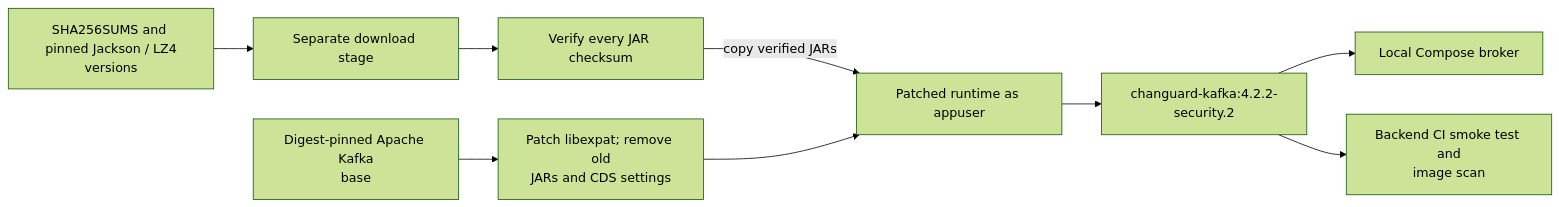
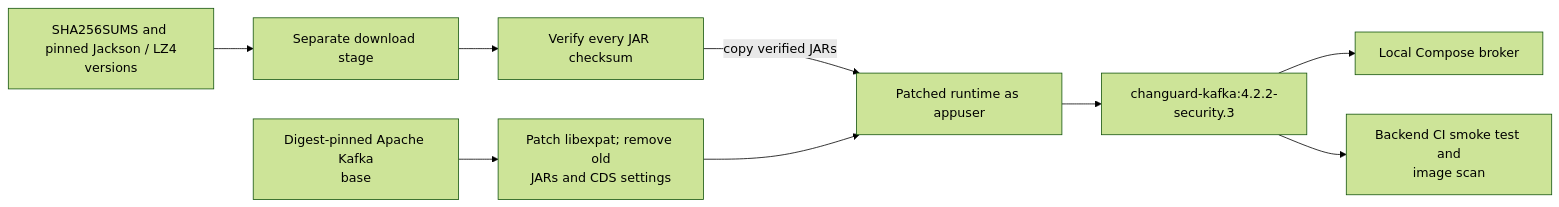
Before and after one commit to ChangeGuardHQ/changuard-platform: the first of 3 diagrams in backend/docker/kafka/README.md, drawn with Mermaid (forest theme). The commit also changed other lines of this file and 24 other files, not shown here.

````diff
--- a/backend/docker/kafka/README.md
+++ b/backend/docker/kafka/README.md
@@ -15,11 +15,11 @@
 ```mermaid
 flowchart LR
     Manifest["SHA256SUMS and pinned Jackson / LZ4<br/>versions"] --> Downloads["Separate download stage"]
     Downloads --> Verify["Verify every JAR checksum"]
     Base["Digest-pinned Apache Kafka<br/>base"] --> Patch["Patch libexpat; remove old<br/>JARs and CDS settings"]
     Verify -->|"copy verified JARs"| Runtime["Patched runtime as appuser"]
     Patch --> Runtime
-    Runtime --> Image["changuard-kafka:4.2.2-security.2"]
+    Runtime --> Image["changuard-kafka:4.2.2-security.3"]
     Image --> Compose["Local Compose broker"]
     Image --> CI["Backend CI smoke test and<br/>image scan"]
 ```
````
